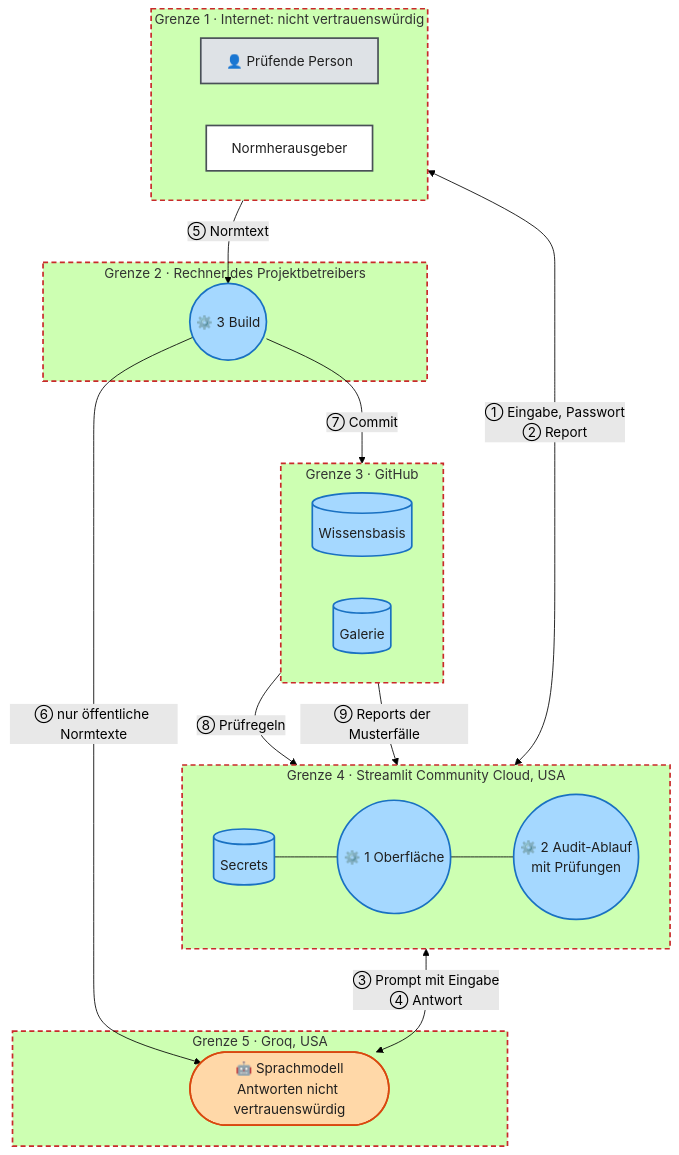
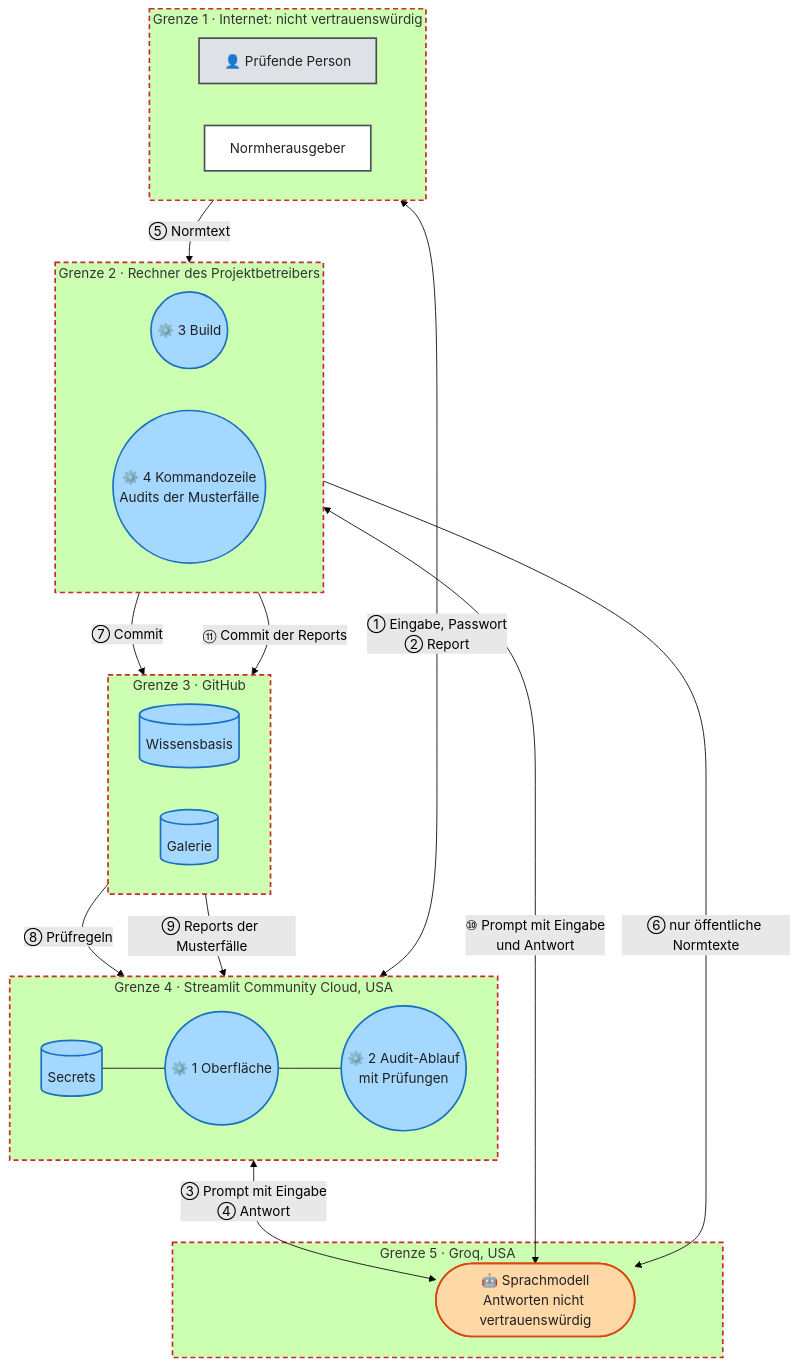
Diagram 23 of 23 in docs/ARCHITECTURE.md (Daniel74/GovGuard), drawn with Mermaid (forest theme) before and after one commit. The commit also changed other lines of this file and 5 other files, not shown here.

Commit message:
#73 Architecture and Funktionsweise - Final Draft

````diff
--- a/docs/ARCHITECTURE.md
+++ b/docs/ARCHITECTURE.md
@@ -2395,44 +2116,48 @@
 ```mermaid
 flowchart TB
   subgraph Z1["Grenze 1 · Internet: nicht vertrauenswürdig"]
     direction LR
     U["👤 Prüfende Person"]:::human
     NH["Normherausgeber"]:::ext
   end
   subgraph Z2["Grenze 2 · Rechner des Projektbetreibers"]
+    direction LR
     P4(("⚙️ 3 Build")):::code
+    P5(("⚙️ 4 Kommandozeile<br/>Audits der Musterfälle")):::code
   end
   subgraph Z3["Grenze 3 · GitHub"]
     direction LR
     S2[("Wissensbasis")]:::code
     S3[("Galerie")]:::code
   end
   subgraph Z4["Grenze 4 · Streamlit Community Cloud, USA"]
     direction LR
     S1[("Secrets")]:::code
     P1(("⚙️ 1 Oberfläche")):::code
     P2(("⚙️ 2 Audit-Ablauf<br/>mit Prüfungen")):::code
   end
   subgraph Z5["Grenze 5 · Groq, USA"]
     LLM(["🤖 Sprachmodell<br/>Antworten nicht vertrauenswürdig"]):::llm
   end
   U <-->|"① Eingabe, Passwort<br/>② Report"| P1
   NH -->|"⑤ Normtext"| P4
   P4 -->|"⑦ Commit"| S2
+  P5 -->|"⑪ Commit der Reports"| S3
+  P5 <-->|"⑩ Prompt mit Eingabe<br/>und Antwort"| LLM
   P4 -->|"⑥ nur öffentliche Normtexte"| LLM
   S2 -->|"⑧ Prüfregeln"| P2
   S3 -->|"⑨ Reports der Musterfälle"| P1
   S3 ~~~ S1
   S1 --- P1
   P1 --- P2
   P2 <-->|"③ Prompt mit Eingabe<br/>④ Antwort"| LLM
   classDef llm fill:#ffd8a8,stroke:#d9480f,color:#1f1f1f,stroke-width:2px
   classDef code fill:#a5d8ff,stroke:#1971c2,color:#1f1f1f,stroke-width:2px
   classDef human fill:#dee2e6,stroke:#495057,color:#1f1f1f,stroke-width:2px
   classDef ext fill:#ffffff,stroke:#495057,color:#1f1f1f,stroke-width:2px
   style Z1 stroke:#c92a2a,stroke-width:2px,stroke-dasharray:6 4
   style Z2 stroke:#c92a2a,stroke-width:2px,stroke-dasharray:6 4
   style Z3 stroke:#c92a2a,stroke-width:2px,stroke-dasharray:6 4
   style Z4 stroke:#c92a2a,stroke-width:2px,stroke-dasharray:6 4
   style Z5 stroke:#c92a2a,stroke-width:2px,stroke-dasharray:6 4
 ```
````
